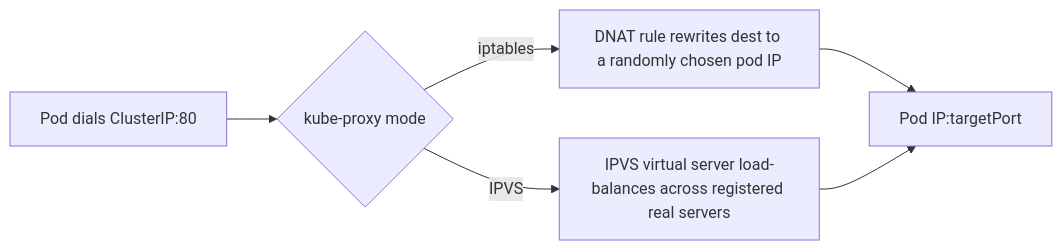
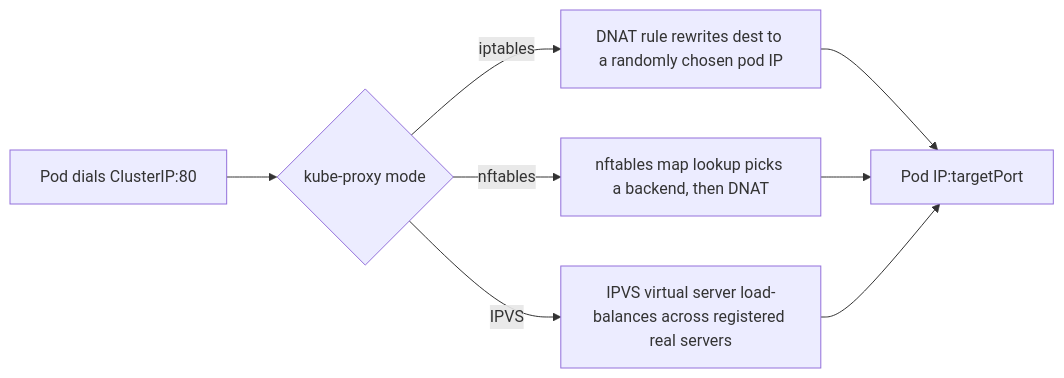
Before and after one commit to sameeralam3127/compute-central-docs: the diagram in docs/kubernetes/networking/02-services-deep-dive.md, drawn with Mermaid. The commit also changed other lines of this file and 134 other files, not shown here.

````diff
--- a/docs/kubernetes/networking/02-services-deep-dive.md
+++ b/docs/kubernetes/networking/02-services-deep-dive.md
@@ -92,8 +109,10 @@
 ```mermaid
 flowchart LR
     A[Pod dials ClusterIP:80] --> B{kube-proxy mode}
     B -->|iptables| C[DNAT rule rewrites dest to a randomly chosen pod IP]
+    B -->|nftables| N[nftables map lookup picks a backend, then DNAT]
     B -->|IPVS| D[IPVS virtual server load-balances across registered real servers]
     C --> E[Pod IP:targetPort]
+    N --> E
     D --> E
 ```
````
